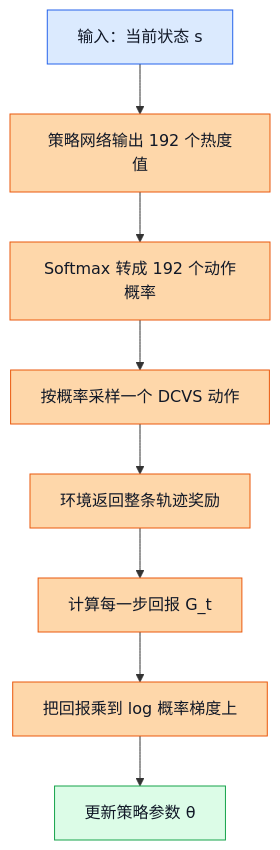
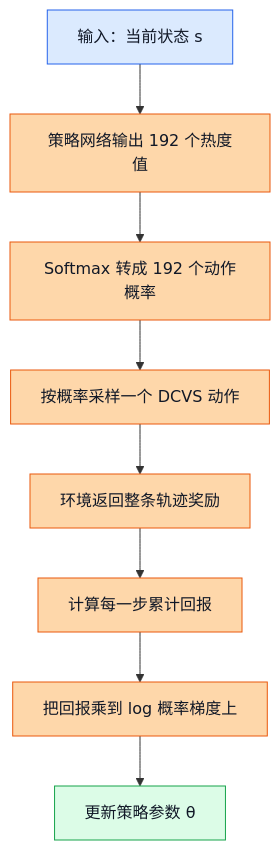
The first of 4 diagrams in learn/10_Policy_Gradient_REINFORCE.md (Mrphase/RL-Doc), drawn with Mermaid before and after one commit. The commit also changed other lines of this file and 14 other files, not shown here.

First line of the commit message:
fix: clean mermaid labels in learn docs

````diff
--- a/learn/10_Policy_Gradient_REINFORCE.md
+++ b/learn/10_Policy_Gradient_REINFORCE.md
@@ -85,18 +85,18 @@
 ```mermaid
 flowchart TD
     A[输入：当前状态 s] --> B[策略网络输出 192 个热度值]
     B --> C[Softmax 转成 192 个动作概率]
     C --> D[按概率采样一个 DCVS 动作]
     D --> E[环境返回整条轨迹奖励]
-    E --> F[计算每一步回报 G_t]
+    E --> F[计算每一步累计回报]
     F --> G[把回报乘到 log 概率梯度上]
     G --> H[更新策略参数 θ]
 
     classDef input fill:#dbeafe,stroke:#2563eb,color:#111827;
     classDef process fill:#fed7aa,stroke:#ea580c,color:#111827;
     classDef output fill:#dcfce7,stroke:#16a34a,color:#111827;
 
     class A input;
     class B,C,D,E,F,G process;
     class H output;
 ```
````
